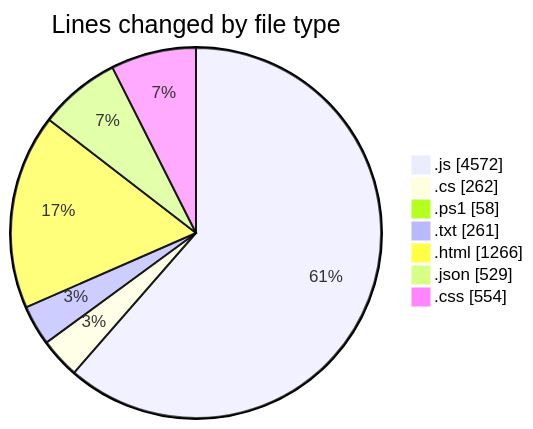
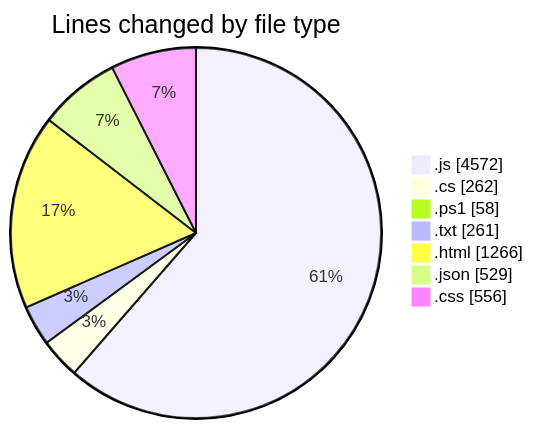
The first of 2 diagrams in 2026-02-17/bot_v1_2/README.md (becaeroporto-bot/code-tracking), drawn with Mermaid before and after one commit. The commit also changed other lines of this file and 1 other file, not shown here.

````diff
--- a/2026-02-17/bot_v1_2/README.md
+++ b/2026-02-17/bot_v1_2/README.md
@@ -38,11 +38,11 @@
 ```mermaid
 pie showData
 title Lines changed by file type
 ".js" : 4572
 ".cs" : 262
 ".ps1" : 58
 ".txt" : 261
 ".html" : 1266
 ".json" : 529
-".css" : 554
+".css" : 556
 ```
````
